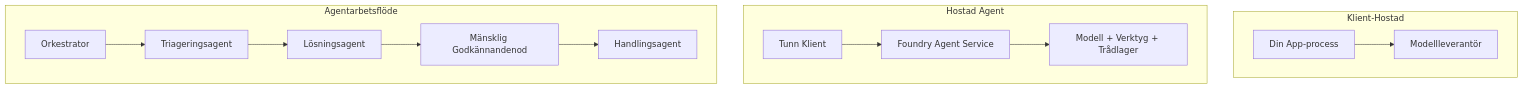
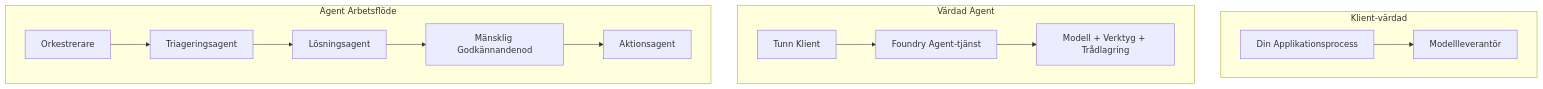
The first of 4 diagrams in mirrors/repos/microsoft@ai-agents-for-beginners/translations/sv/16-deploying-scalable-agents/README.md (gabrielmoreira/agent-skills-mirror), drawn with Mermaid before and after one commit. The commit also changed other lines of this file and 3581 other files, not shown here.

````diff
--- a/mirrors/repos/microsoft@ai-agents-for-beginners/translations/sv/16-deploying-scalable-agents/README.md
+++ b/mirrors/repos/microsoft@ai-agents-for-beginners/translations/sv/16-deploying-scalable-agents/README.md
@@ -87,16 +87,16 @@
 ```mermaid
 flowchart TB
-    subgraph P1[Klient-Hostad]
-        A1[Din App-process] --> M1[Modellleverantör]
+    subgraph P1[Klient-värdad]
+        A1[Din Applikationsprocess] --> M1[Modellleverantör]
     end
-    subgraph P2[Hostad Agent]
-        A2[Tunn Klient] --> F2[Foundry Agent Service]
-        F2 --> M2[Modell + Verktyg + Trådlager]
+    subgraph P2[Värdad Agent]
+        A2[Tunn Klient] --> F2[Foundry Agent-tjänst]
+        F2 --> M2[Modell + Verktyg + Trådlagring]
     end
-    subgraph P3[Agentarbetsflöde]
-        A3[Orkestrator] --> S1[Triageringsagent]
+    subgraph P3[Agent Arbetsflöde]
+        A3[Orkestrerare] --> S1[Triageringsagent]
         S1 --> S2[Lösningsagent]
         S2 --> H[Mänsklig Godkännandenod]
-        H --> S3[Handlingsagent]
+        H --> S3[Aktionsagent]
     end
 ```
````
